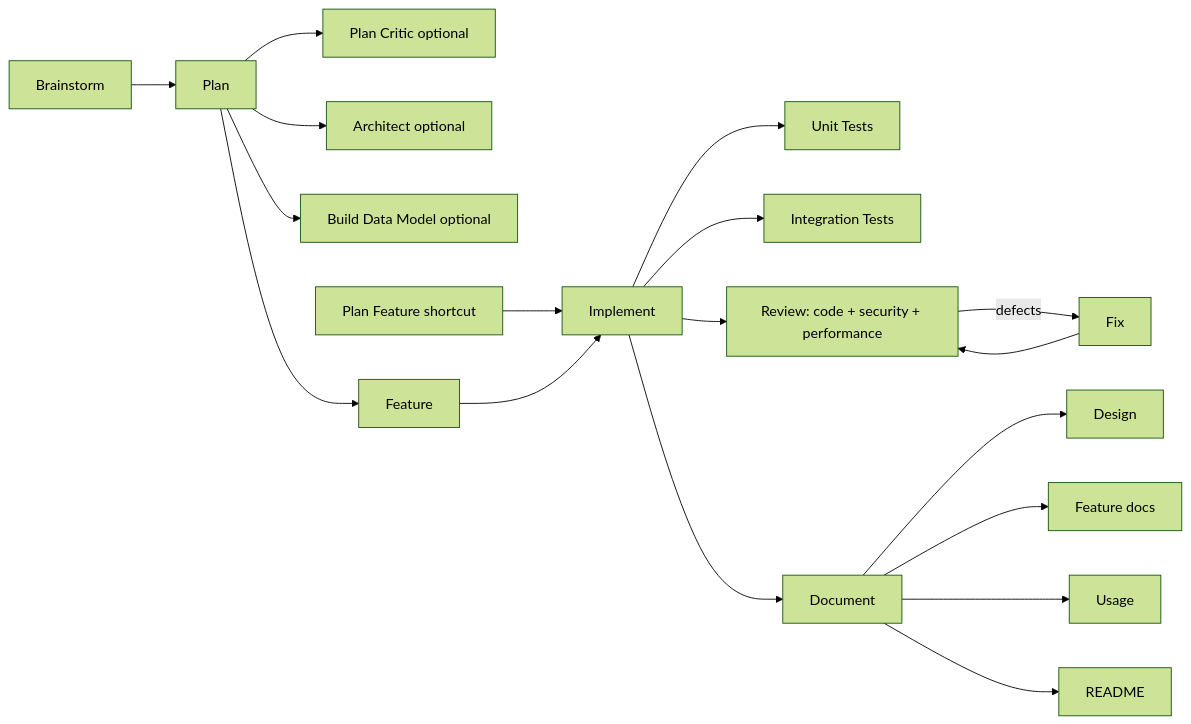
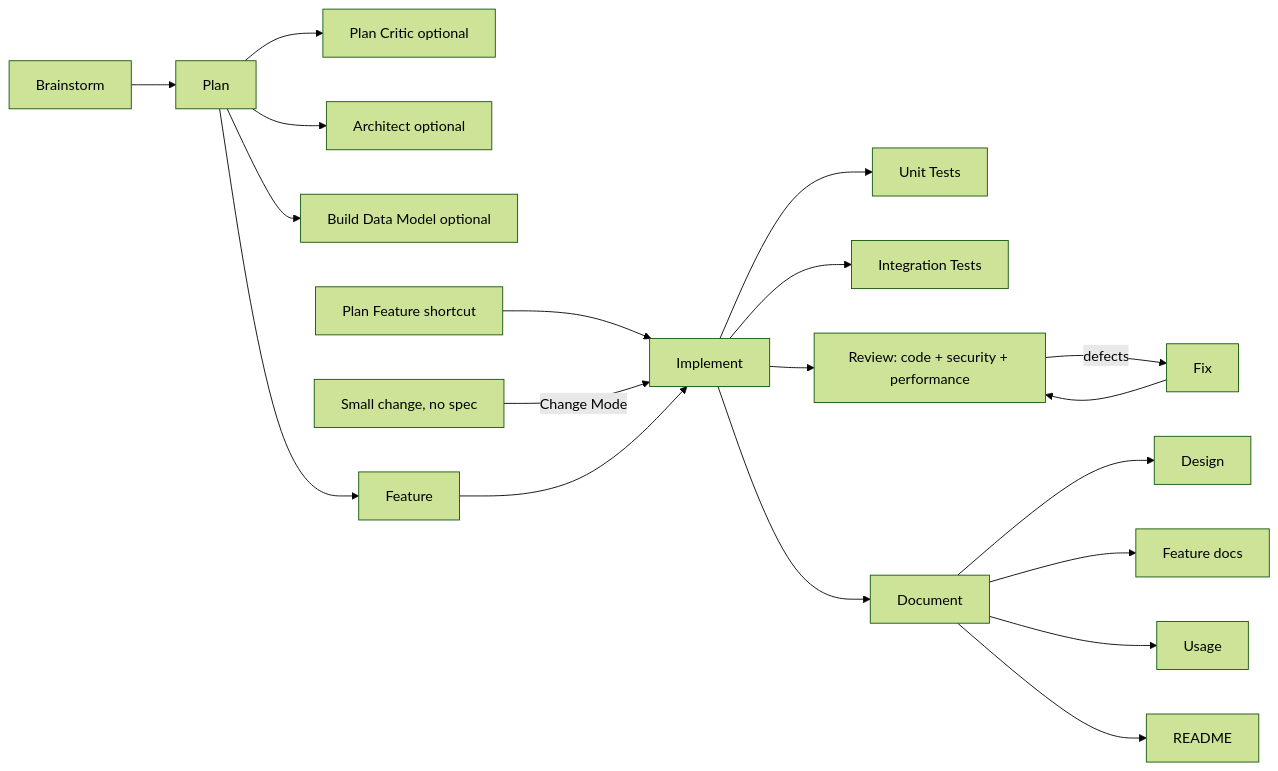
The diagram in references/orchestrator.md (abranjith/spec-lite), drawn with Mermaid (forest theme) before and after one commit. The commit also changed other lines of this file and 44 other files, not shown here.

````diff
--- a/references/orchestrator.md
+++ b/references/orchestrator.md
@@ -16,20 +16,21 @@
 ```mermaid
 flowchart LR
   B[Brainstorm] --> P[Plan]
   P --> PC[Plan Critic optional]
   P --> A[Architect optional]
   P --> DM[Build Data Model optional]
   P --> F[Feature]
   PF[Plan Feature shortcut] --> I[Implement]
+  CH[Small change, no spec] -->|Change Mode| I
   F --> I
   I --> U[Unit Tests]
   I --> IT[Integration Tests]
   I --> R[Review: code + security + performance]
   R -->|defects| X[Fix]
   X --> R
   I --> D[Document]
   D --> DD[Design]
   D --> DF[Feature docs]
   D --> DU[Usage]
   D --> DR[README]
 ```
````
